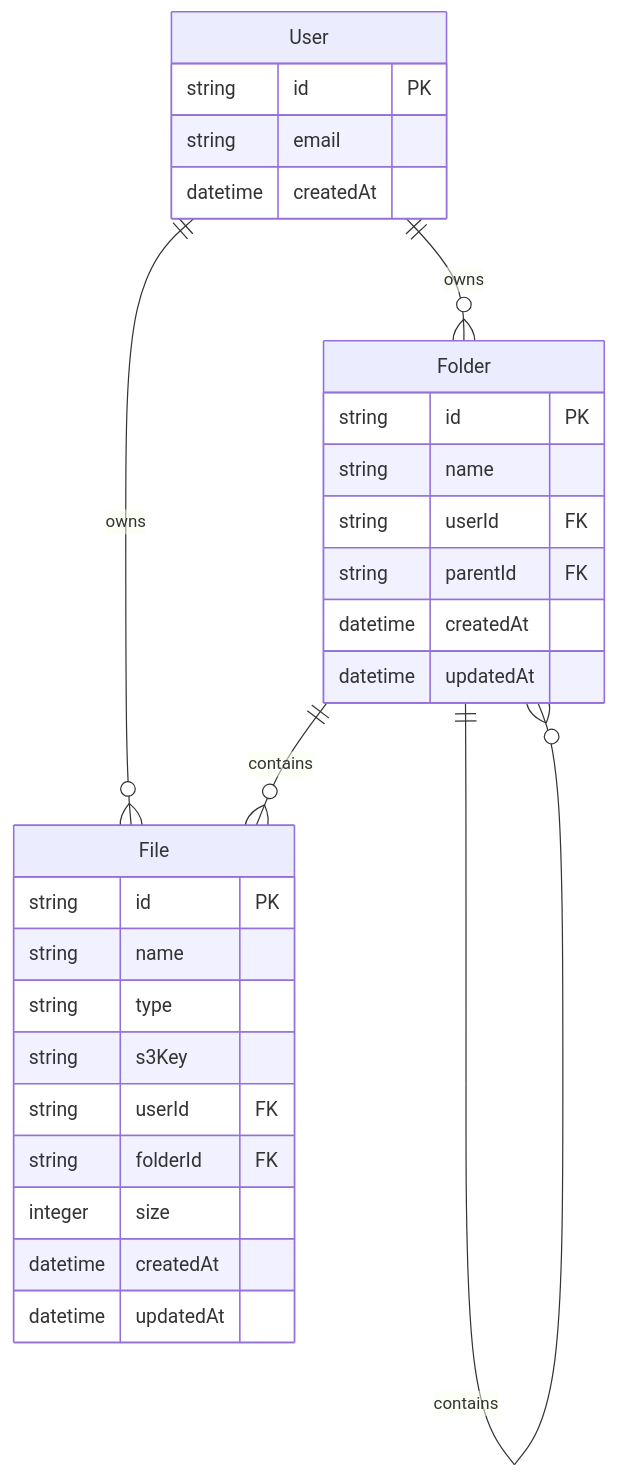
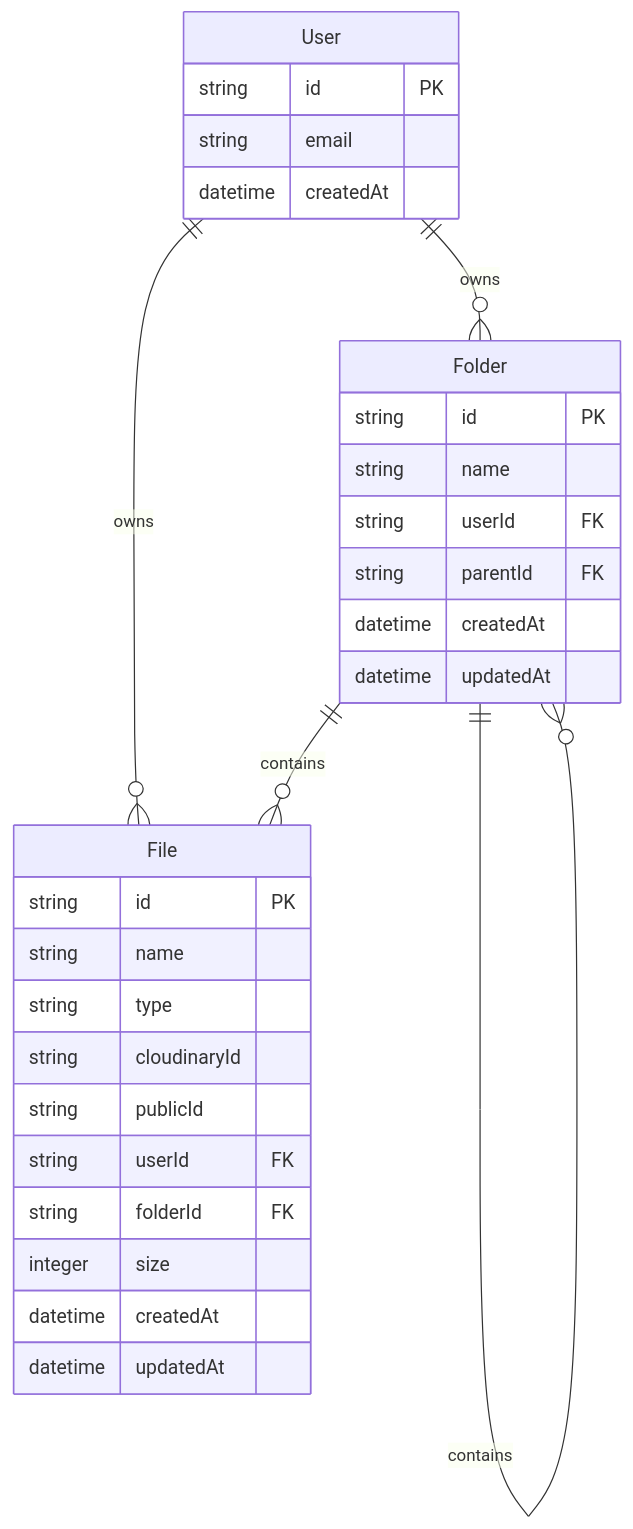
Before and after one commit to hezronkimutai/sora: the second of 4 diagrams in memory-bank/systemPatterns.md, drawn with Mermaid. The commit also changed other lines of this file and 25 other files, not shown here.

````diff
--- a/memory-bank/systemPatterns.md
+++ b/memory-bank/systemPatterns.md
@@ -64,34 +64,35 @@
 ```mermaid
 erDiagram
     User ||--o{ Folder : owns
     User ||--o{ File : owns
     Folder ||--o{ File : contains
     Folder ||--o{ Folder : contains
 
     User {
         string id PK
         string email
         datetime createdAt
     }
 
     Folder {
         string id PK
         string name
         string userId FK
         string parentId FK
         datetime createdAt
         datetime updatedAt
     }
 
     File {
         string id PK
         string name
         string type
-        string s3Key
+        string cloudinaryId
+        string publicId
         string userId FK
         string folderId FK
         integer size
         datetime createdAt
         datetime updatedAt
     }
 ```
````
